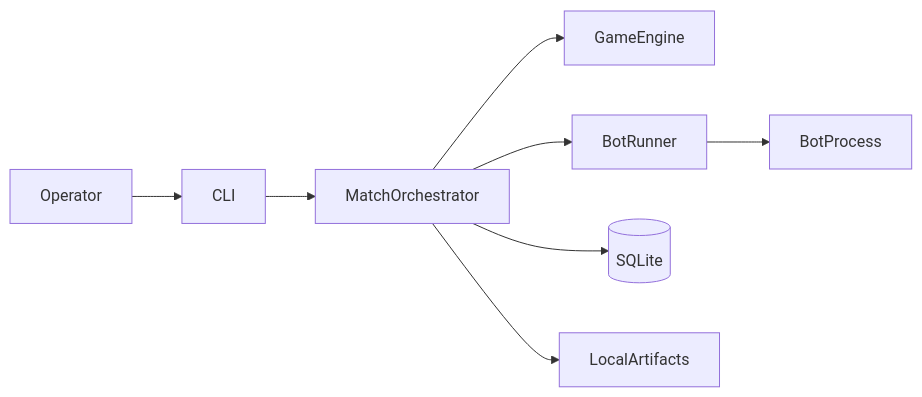
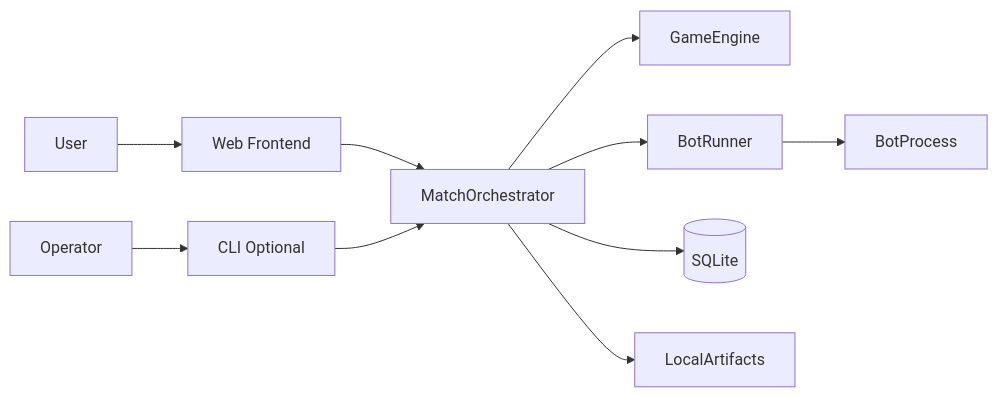
Before and after one commit to ferez96/Progames: the first of 2 diagrams in docs/engineering/architecture/system-overview.md, drawn with Mermaid. The commit also changed other lines of this file and 12 other files, not shown here.

````diff
--- a/docs/engineering/architecture/system-overview.md
+++ b/docs/engineering/architecture/system-overview.md
@@ -12,10 +12,12 @@
 ```mermaid
 flowchart LR
-  Op[Operator] --> CLI[CLI]
+  User[User] --> Web[Web Frontend]
+  Op[Operator] --> CLI[CLI Optional]
+  Web --> OR[MatchOrchestrator]
   CLI --> OR[MatchOrchestrator]
   OR --> Eng[GameEngine]
   OR --> Run[BotRunner]
   Run --> Proc[BotProcess]
   OR --> DB[(SQLite)]
   OR --> FS[LocalArtifacts]
 ```
````
